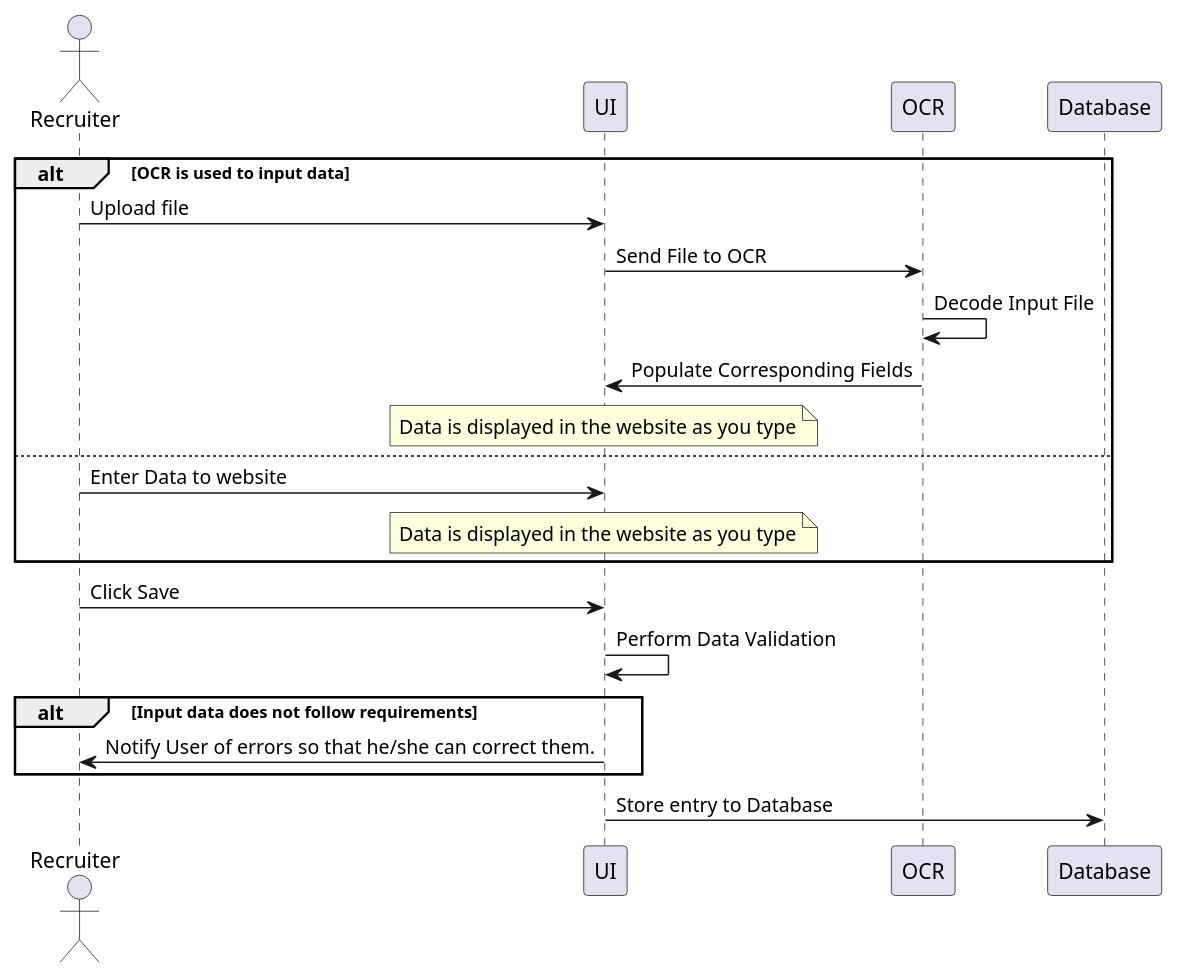
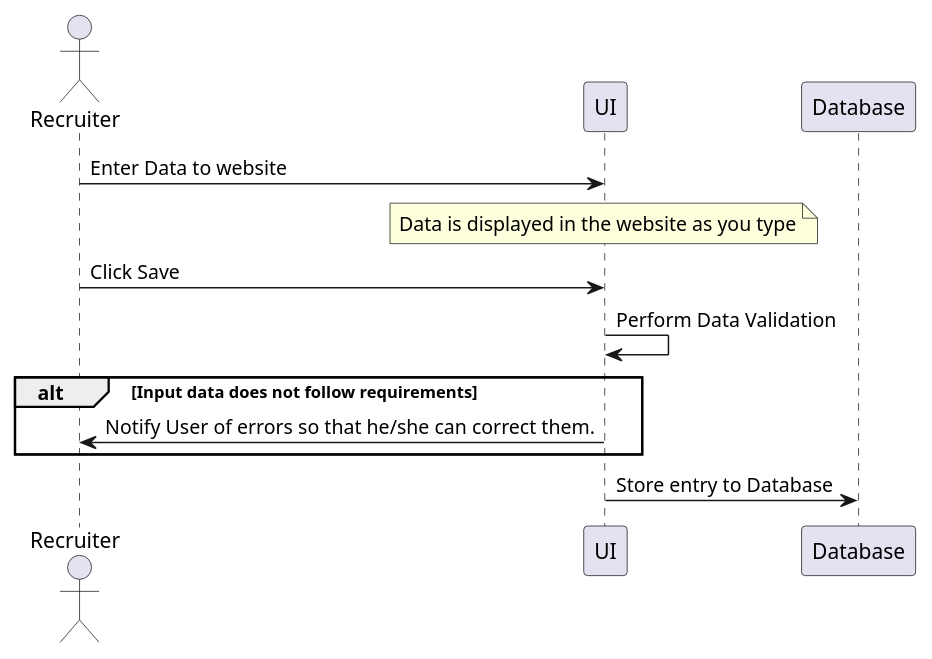
Before and after one commit to jpgacrama/recruitment-platform: the diagram in UseCases/InputCandidateProfile.rst, drawn with PlantUML. The commit also changed 3 other files, not shown here.

```diff
--- a/UseCases/InputCandidateProfile.rst
+++ b/UseCases/InputCandidateProfile.rst
@@ -21,38 +21,24 @@
 .. uml::
 
     @startuml
 
         actor "Recruiter" as Recruiter
         participant "UI" as UI
-        participant "OCR" as OCR
         participant "Database" as Database
 
-        alt OCR is used to input data
-            Recruiter -> UI: Upload file
-            UI -> OCR: Send File to OCR
-            OCR -> OCR: Decode Input File
-            OCR -> UI: Populate Corresponding Fields
+        Recruiter  -> UI: Enter Data to website
 
-            note over UI
-                Data is displayed in the website as you type
-            end note
-
-        else
-
-            Recruiter  -> UI: Enter Data to website
-
-            note over UI
-                Data is displayed in the website as you type
-            end note
-        end
+        note over UI
+            Data is displayed in the website as you type
+        end note
 
         Recruiter -> UI: Click Save
         UI -> UI: Perform Data Validation
 
         alt Input data does not follow requirements
             UI -> Recruiter: Notify User of errors so that he/she can correct them.
         end
 
         UI -> Database: Store entry to Database
 
     @enduml
```
